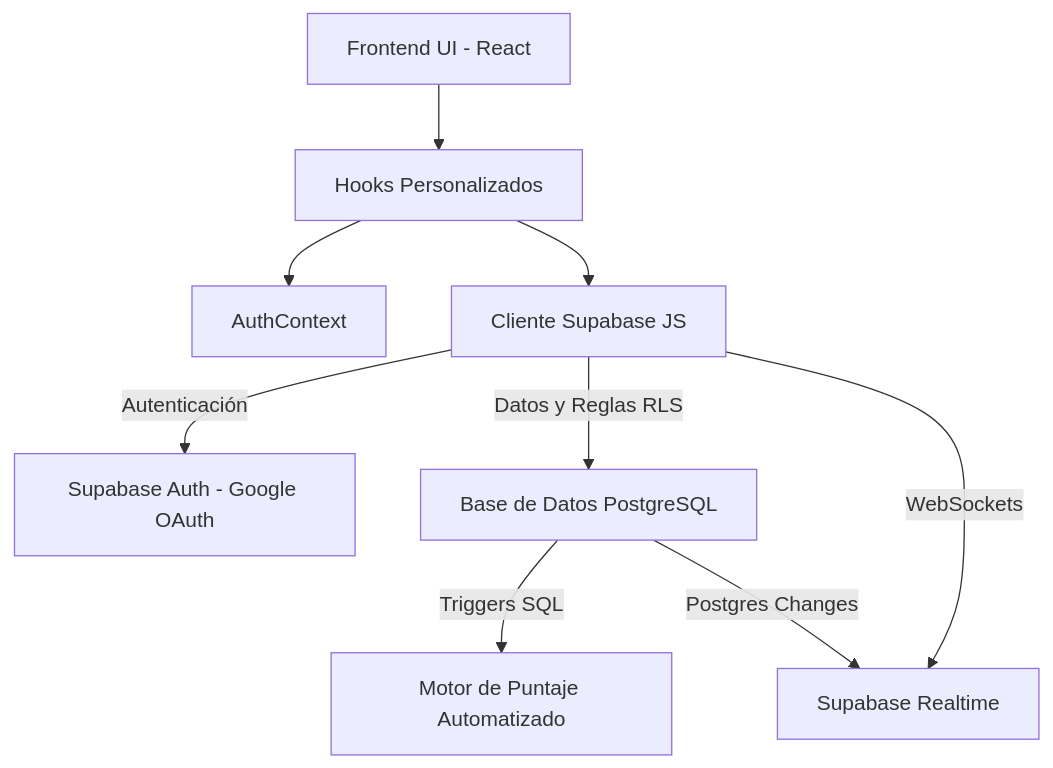
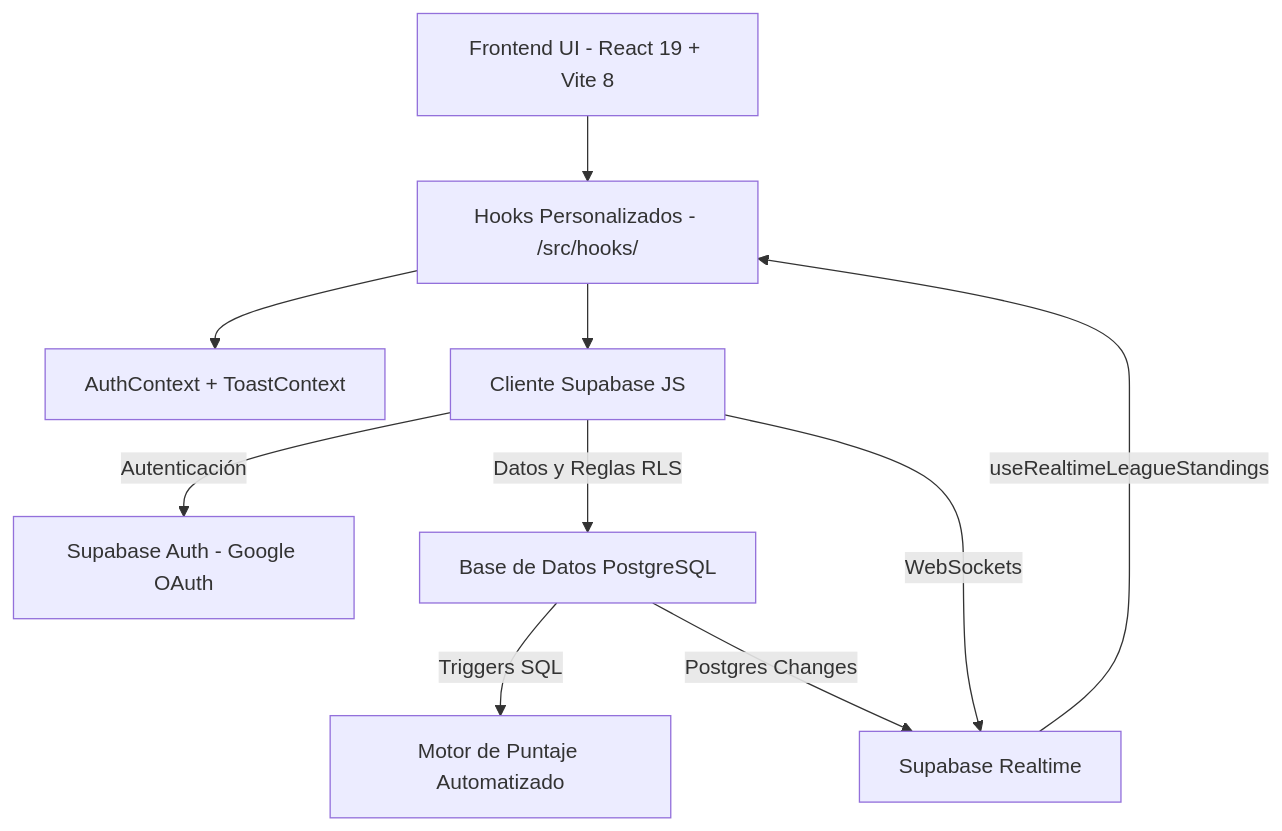
Before and after one commit to AlexisAcevedo/ProdeMundial: the diagram in docs/architecture.md, drawn with Mermaid. The commit also changed other lines of this file and 4 other files, not shown here.

````diff
--- a/docs/architecture.md
+++ b/docs/architecture.md
@@ -15,13 +15,14 @@
 ```mermaid
 graph TD
-    UI[Frontend UI - React] --> Hooks[Hooks Personalizados]
-    Hooks --> Context[AuthContext]
+    UI[Frontend UI - React 19 + Vite 8] --> Hooks[Hooks Personalizados - /src/hooks/]
+    Hooks --> Context[AuthContext + ToastContext]
     Hooks --> SBClient[Cliente Supabase JS]
-    
+
     SBClient -->|Autenticación| SBAuth[Supabase Auth - Google OAuth]
     SBClient -->|Datos y Reglas RLS| SBDB[Base de Datos PostgreSQL]
     SBClient -->|WebSockets| SBRealtime[Supabase Realtime]
-    
+
     SBDB -->|Triggers SQL| Score[Motor de Puntaje Automatizado]
     SBDB -->|Postgres Changes| SBRealtime
+    SBRealtime -->|useRealtimeLeagueStandings| Hooks
 ```
````
